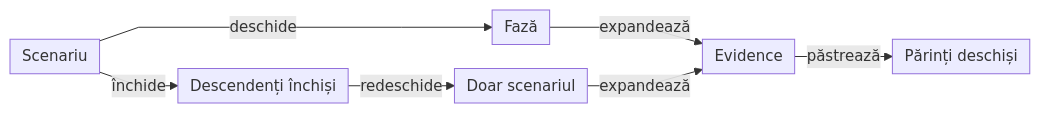
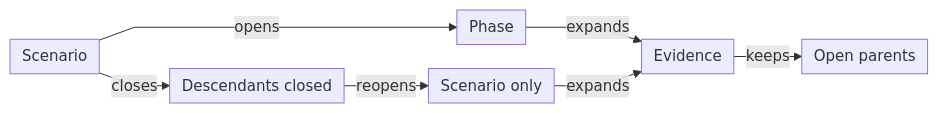
The ninth of 11 diagrams in docs/ATF_Reporting_Contract.md (crististefanita/atf_j0), drawn with Mermaid before and after one commit. The commit also changed other lines of this file and 113 other files, not shown here.

````diff
--- a/docs/ATF_Reporting_Contract.md
+++ b/docs/ATF_Reporting_Contract.md
@@ -810,10 +655,10 @@
 ```mermaid
 %%{init: {"themeVariables":{"fontSize":"15px"},"themeCSS":".nodeLabel, .nodeLabel p { font-size: 15px !important; line-height: 1.35 !important; } .edgeLabel, .edgeLabel p { font-size: 12px !important; font-weight: 400 !important; line-height: 1.2 !important; } .edgeLabel .labelBkg, .edgeLabel p { background: transparent !important; } .edgeLabel foreignObject { transform: translateY(-18px); overflow: visible; } .node rect { rx: 6px; ry: 6px; }","flowchart":{"curve":"linear","nodeSpacing":24,"rankSpacing":24,"padding":6,"diagramPadding":20}}}%%
 flowchart LR
-    Scenario[Scenariu] -->|deschide| Phase[Fază]
-    Phase -->|expandează| Child[Evidence]
-    Child -->|păstrează| ParentOpen[Părinți deschiși]
-    Scenario -->|închide| Reset["Descendenți închiși"]
-    Reset -->|redeschide| ScenarioOnly["Doar scenariul"]
-    ScenarioOnly -->|expandează| Child
+    Scenario[Scenario] -->|opens| Phase[Phase]
+    Phase -->|expands| Child[Evidence]
+    Child -->|keeps| ParentOpen[Open parents]
+    Scenario -->|closes| Reset["Descendants closed"]
+    Reset -->|reopens| ScenarioOnly["Scenario only"]
+    ScenarioOnly -->|expands| Child
 ```
````
